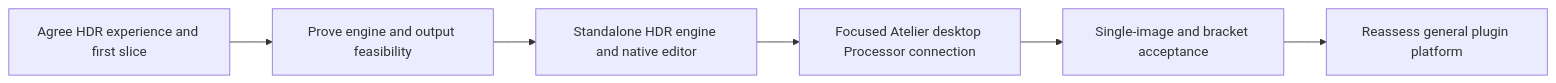
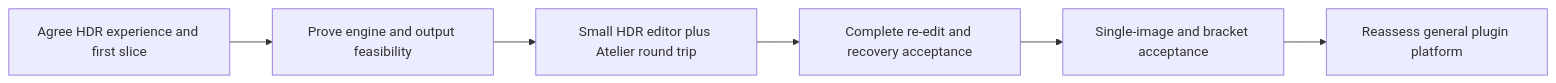
The third of 3 diagrams in Requirements/Design/AT-021-Processor-Architecture.md (roshan-davis/atelier), drawn with Mermaid before and after one commit. The commit also changed other lines of this file and 2 other files, not shown here.

Commit message:
HDR: finalize trimmed design and track feasibility next

````diff
--- a/Requirements/Design/AT-021-Processor-Architecture.md
+++ b/Requirements/Design/AT-021-Processor-Architecture.md
@@ -83,8 +83,8 @@
 ```mermaid
 flowchart LR
     Design[Agree HDR experience and first slice] --> Spike[Prove engine and output feasibility]
-    Spike --> App[Standalone HDR engine and native editor]
-    App --> RoundTrip[Focused Atelier desktop Processor connection]
+    Spike --> App[Small HDR editor plus Atelier round trip]
+    App --> RoundTrip[Complete re-edit and recovery acceptance]
     RoundTrip --> Acceptance[Single-image and bracket acceptance]
     Acceptance --> Later[Reassess general plugin platform]
 ```
````
